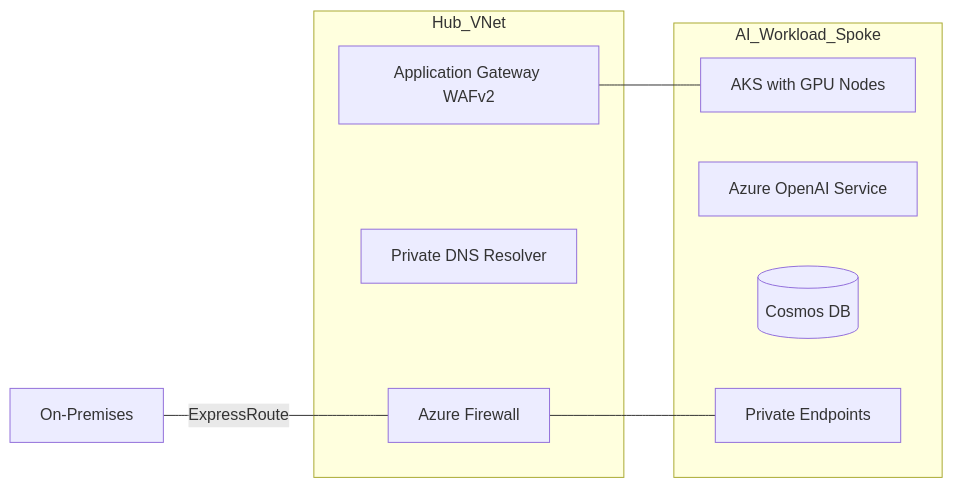
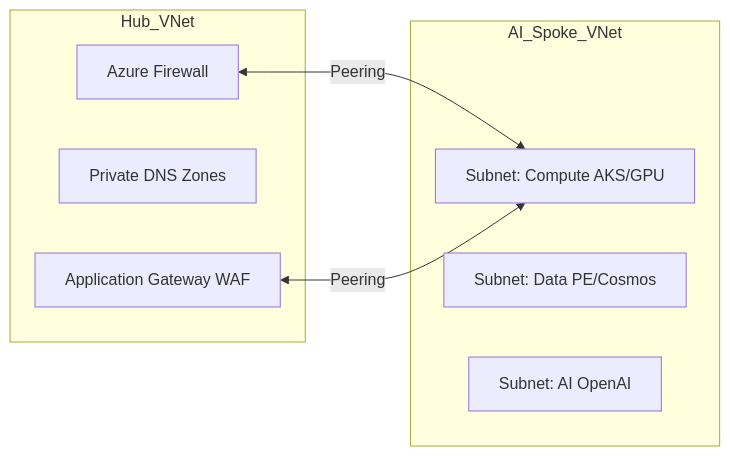
Before and after one commit to Devopstrio/ai-landing-zone: the second of 3 diagrams in README.md, drawn with Mermaid. The commit also changed other lines of this file and 2 other files, not shown here.

````diff
--- a/README.md
+++ b/README.md
@@ -53,19 +53,17 @@
 ```mermaid
 graph LR
     subgraph Hub_VNet
         FW[Azure Firewall]
-        DNS[Private DNS Resolver]
-        GW[Application Gateway WAFv2]
+        DNS[Private DNS Zones]
+        GW[Application Gateway WAF]
     end
     
-    subgraph AI_Workload_Spoke
-        AKS[AKS with GPU Nodes]
-        OAI[Azure OpenAI Service]
-        COSMOS[(Cosmos DB)]
-        PE[Private Endpoints]
+    subgraph AI_Spoke_VNet
+        Sub1[Subnet: Compute AKS/GPU]
+        Sub2[Subnet: Data PE/Cosmos]
+        Sub3[Subnet: AI OpenAI]
     end
     
-    SUBG[On-Premises] ---|ExpressRoute| FW
-    FW --- PE
-    GW --- AKS
+    FW <-->|Peering| Sub1
+    GW <-->|Peering| Sub1
 ```
````
